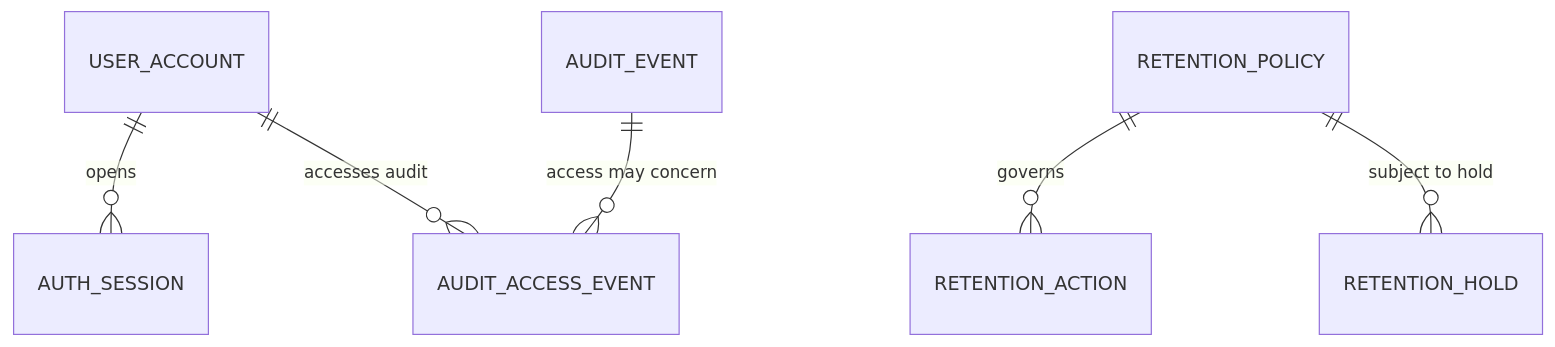
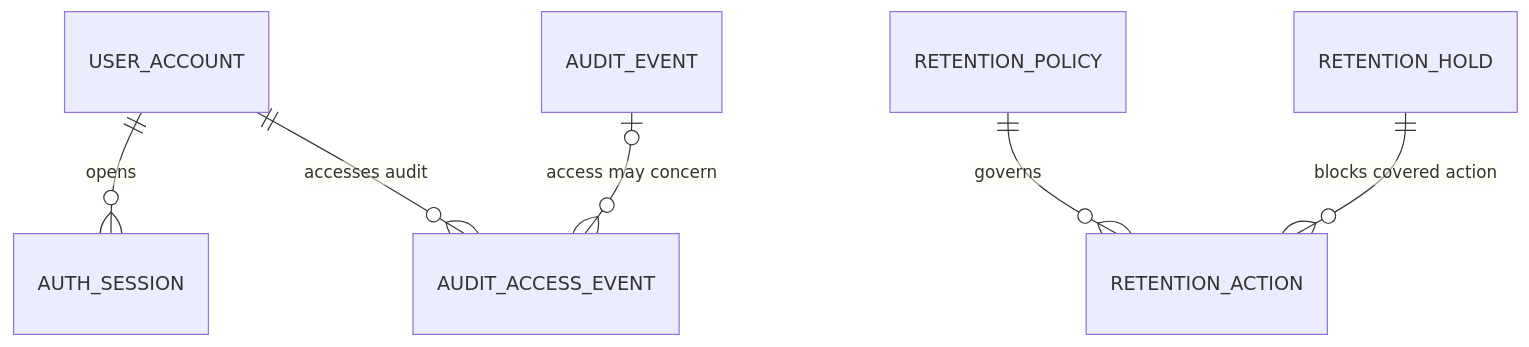
Before and after one commit to olatoyemmanuel/district-youth-management-system: the eighth of 8 diagrams in docs/architecture/PHASE-1-CONCEPTUAL-ERD-DIAGRAMS.md, drawn with Mermaid. The commit also changed other lines of this file, not shown here.

Commit message:
docs: correct optional audit and retention ERD relationships

````diff
--- a/docs/architecture/PHASE-1-CONCEPTUAL-ERD-DIAGRAMS.md
+++ b/docs/architecture/PHASE-1-CONCEPTUAL-ERD-DIAGRAMS.md
@@ -117,8 +117,8 @@
 ```mermaid
 erDiagram
     USER_ACCOUNT ||--o{ AUTH_SESSION : "opens"
     RETENTION_POLICY ||--o{ RETENTION_ACTION : "governs"
     USER_ACCOUNT ||--o{ AUDIT_ACCESS_EVENT : "accesses audit"
-    AUDIT_EVENT ||--o{ AUDIT_ACCESS_EVENT : "access may concern"
-    RETENTION_POLICY ||--o{ RETENTION_HOLD : "subject to hold"
+    AUDIT_EVENT o|--o{ AUDIT_ACCESS_EVENT : "access may concern"
+    RETENTION_HOLD ||--o{ RETENTION_ACTION : "blocks covered action"
 ```
````
